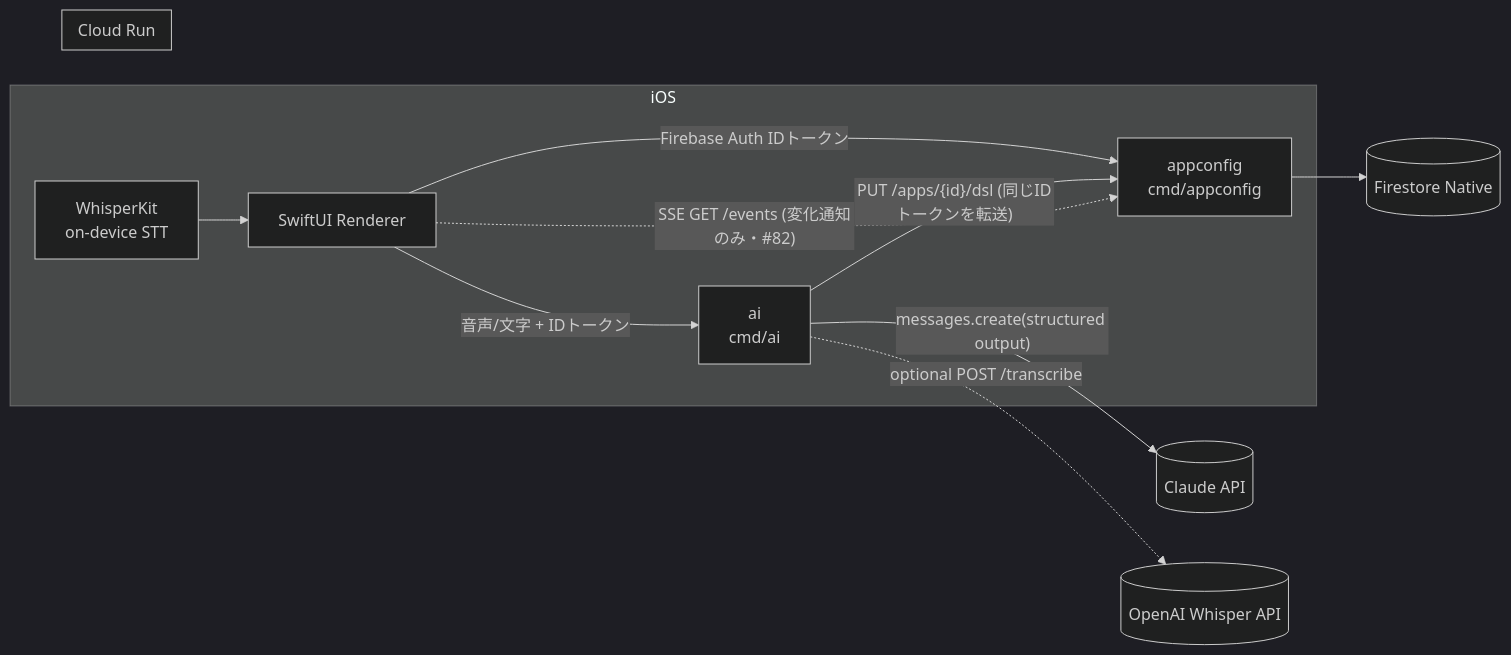
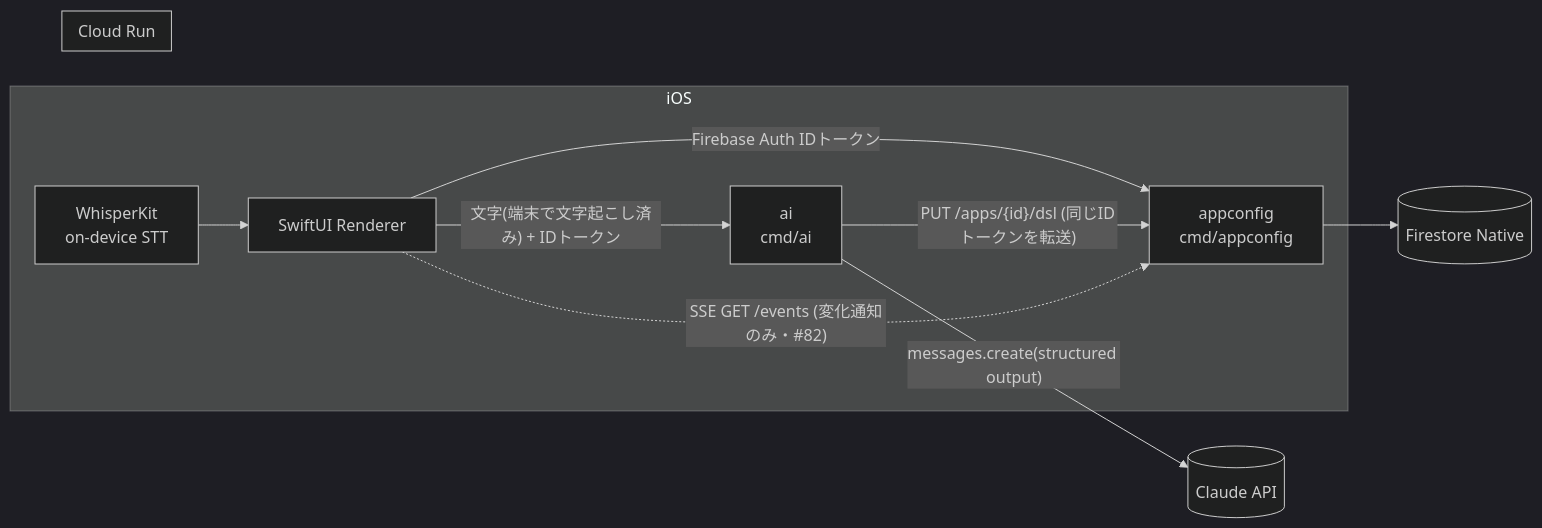
The first of 3 diagrams in docs/backend/architecture.md (jphacks/kz_2601), drawn with Mermaid (dark theme) before and after one commit. The commit also changed other lines of this file and 4 other files, not shown here.

````diff
--- a/docs/backend/architecture.md
+++ b/docs/backend/architecture.md
@@ -23,17 +23,16 @@
 ```mermaid
 flowchart LR
   subgraph iOS
     A[SwiftUI Renderer] -- Firebase Auth IDトークン --> B
-    A -- 音声/文字 + IDトークン --> C
+    A -- "文字(端末で文字起こし済み) + IDトークン" --> C
     W[WhisperKit<br/>on-device STT] --> A
   end
   subgraph "Cloud Run"
     B[appconfig<br/>cmd/appconfig]
     C[ai<br/>cmd/ai]
   end
   C -- "PUT /apps/{id}/dsl (同じIDトークンを転送)" --> B
   C -- "messages.create(structured output)" --> K[(Claude API)]
-  C -. "optional POST /transcribe" .-> O[(OpenAI Whisper API)]
   B --> F[(Firestore Native)]
   A -. "SSE GET /events (変化通知のみ・#82)" .-> B
 ```
````
